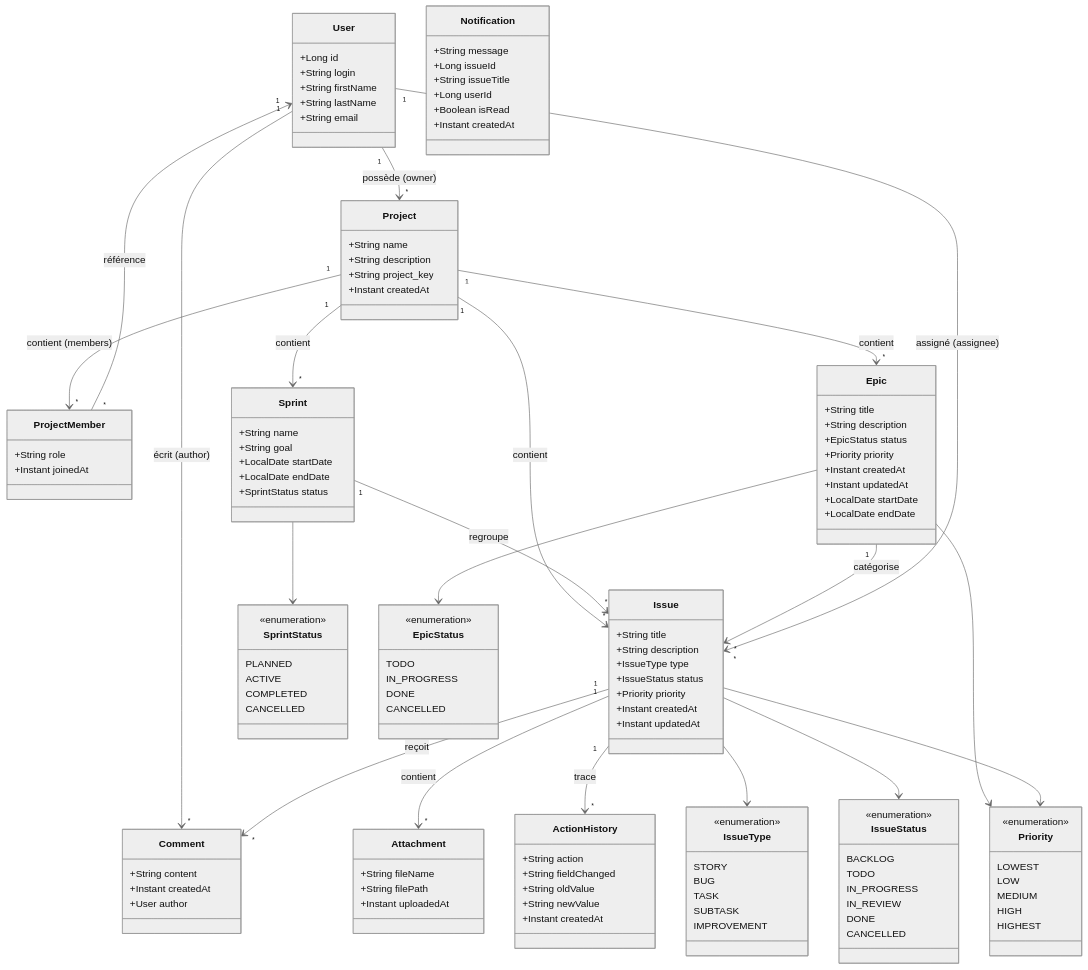
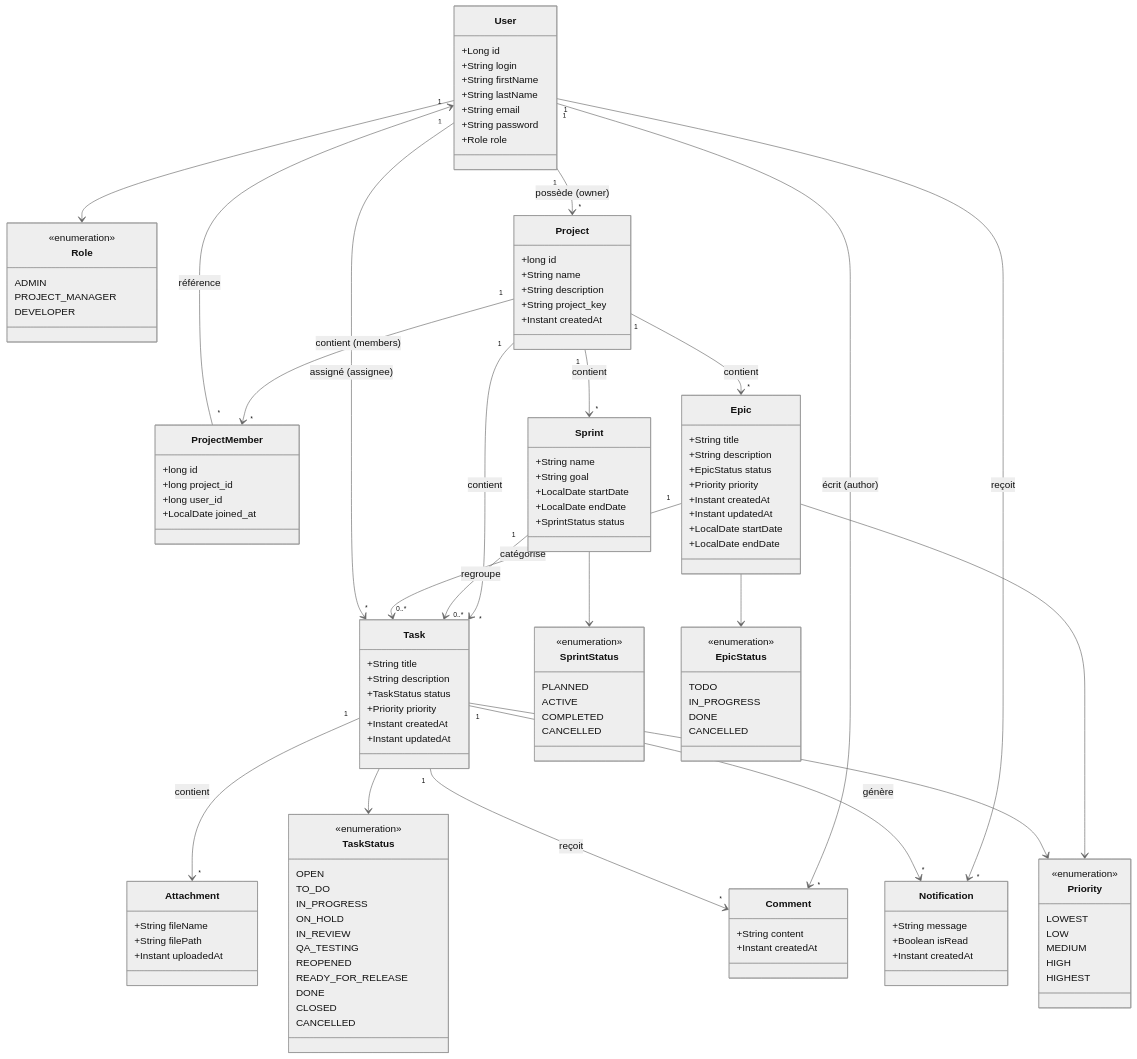
The first of 8 diagrams in docs/fiche-classes.md (24231-Brahim/gestion_taches), drawn with Mermaid (neutral theme) before and after one commit.

````diff
--- a/docs/fiche-classes.md
+++ b/docs/fiche-classes.md
@@ -7,4 +7,5 @@
 ```mermaid
+
 classDiagram
     class User {
         +Long id
@@ -12,9 +13,19 @@
         +String firstName
         +String lastName
         +String email
+        +String password
+        +Role role
+    }
+
+    class Role {
+        <<enumeration>>
+        ADMIN
+        PROJECT_MANAGER
+        DEVELOPER
     }
 
     class Project {
+        +long id
         +String name
         +String description
         +String project_key
@@ -22,8 +33,10 @@
     }
 
     class ProjectMember {
-        +String role
-        +Instant joinedAt
+        +long id
+        +long project_id
+        +long user_id
+        +LocalDate joined_at
     }
 
     class Sprint {
@@ -45,11 +58,10 @@
         +LocalDate endDate
     }
 
-    class Issue {
+    class Task {
         +String title
         +String description
-        +IssueType type
-        +IssueStatus status
+        +TaskStatus status
         +Priority priority
         +Instant createdAt
         +Instant updatedAt
@@ -58,7 +70,6 @@
     class Comment {
         +String content
         +Instant createdAt
-        +User author
     }
 
     class Attachment {
@@ -67,19 +78,8 @@
         +Instant uploadedAt
     }
 
-    class ActionHistory {
-        +String action
-        +String fieldChanged
-        +String oldValue
-        +String newValue
-        +Instant createdAt
-    }
-
     class Notification {
         +String message
-        +Long issueId
-        +String issueTitle
-        +Long userId
         +Boolean isRead
         +Instant createdAt
     }
@@ -100,22 +100,18 @@
         CANCELLED
     }
 
-    class IssueType {
+    class TaskStatus {
         <<enumeration>>
-        STORY
-        BUG
-        TASK
-        SUBTASK
-        IMPROVEMENT
-    }
-
-    class IssueStatus {
-        <<enumeration>>
-        BACKLOG
-        TODO
+        OPEN
+        TO_DO
         IN_PROGRESS
+        ON_HOLD
         IN_REVIEW
+        QA_TESTING
+        REOPENED
+        READY_FOR_RELEASE
         DONE
+        CLOSED
         CANCELLED
     }
 
@@ -128,23 +124,26 @@
         HIGHEST
     }
 
+    User --> Role
     User "1" --> "*" Project : possède (owner)
+    User "1" --> "*" Notification : reçoit
     Project "1" --> "*" ProjectMember : contient (members)
     ProjectMember "*" --> "1" User : référence
     Project "1" --> "*" Sprint : contient
     Project "1" --> "*" Epic : contient
-    Project "1" --> "*" Issue : contient
-    Sprint "1" --> "*" Issue : regroupe
-    Epic "1" --> "*" Issue : catégorise
+    Project "1" --> "*" Task : contient
+    Sprint "1" --> "0..*" Task : regroupe
+    Epic "1" --> "0..*" Task : catégorise
     User "1" --> "*" Comment : écrit (author)
-    User "1" --> "*" Issue : assigné (assignee)
-    Issue "1" --> "*" Comment : reçoit
-    Issue "1" --> "*" Attachment : contient
-    Issue "1" --> "*" ActionHistory : trace
+    User "1" --> "*" Task : assigné (assignee)
+    Task "1" --> "*" Comment : reçoit
+    Task "1" --> "*" Attachment : contient
+    Task "1" --> "*" Notification : génère
     Sprint --> SprintStatus
     Epic --> EpicStatus
-    Issue --> IssueType
-    Issue --> IssueStatus
+    Task --> TaskStatus
     Epic --> Priority
-    Issue --> Priority
+    Task --> Priority
+
+
 ```
````
